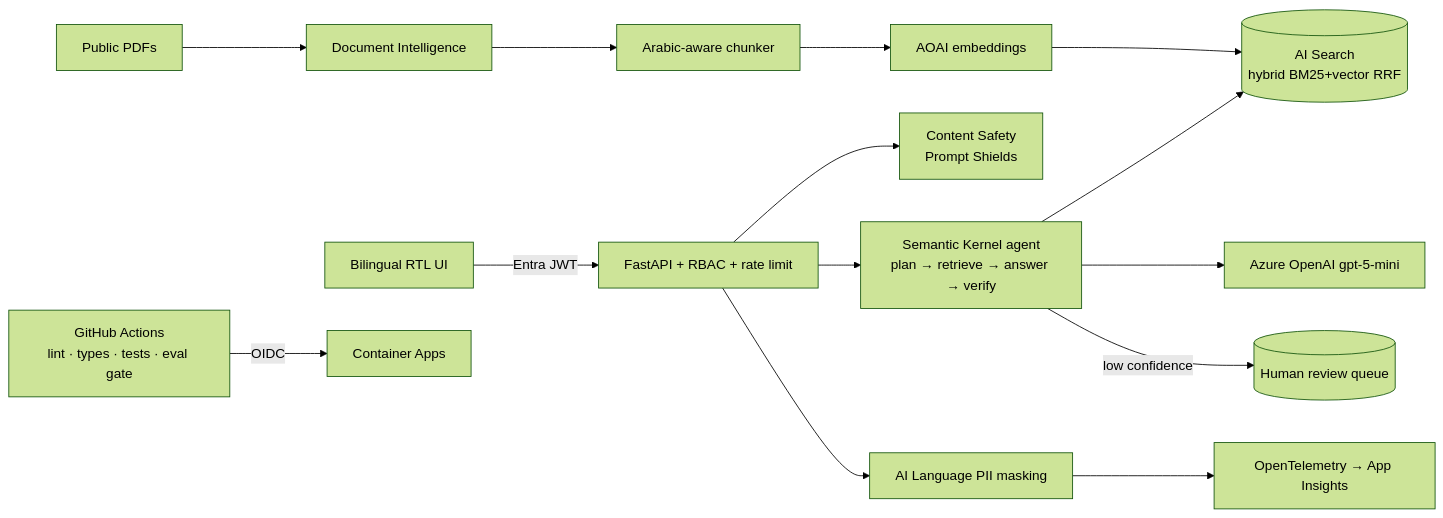
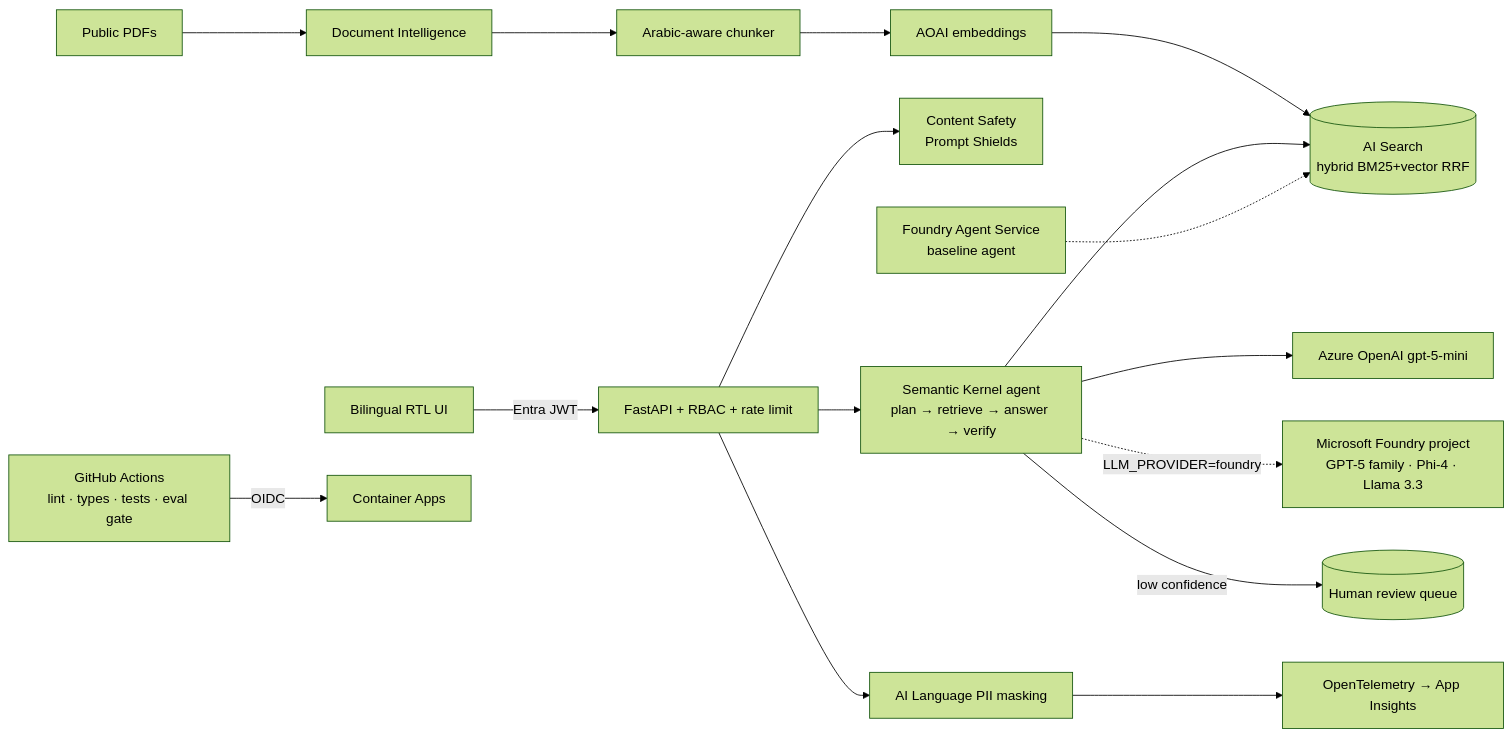
Before and after one commit to snaeemm/gov-policy-copilot: the diagram in README.md, drawn with Mermaid (forest theme). The commit also changed other lines of this file and 19 other files, not shown here.

First line of the commit message:
M14: Microsoft Foundry project, model comparison and Agent Service baseline

````diff
--- a/README.md
+++ b/README.md
@@ -26,12 +26,14 @@
 ```mermaid
 flowchart LR
   PDF[Public PDFs] --> DI[Document Intelligence] --> CH[Arabic-aware chunker] --> EMB[AOAI embeddings] --> S[(AI Search<br/>hybrid BM25+vector RRF)]
   U[Bilingual RTL UI] -->|Entra JWT| API[FastAPI + RBAC + rate limit]
   API --> CS[Content Safety<br/>Prompt Shields]
   API --> AG[Semantic Kernel agent<br/>plan → retrieve → answer → verify]
   AG --> S
   AG --> LLM[Azure OpenAI gpt-5-mini]
+  AG -.->|LLM_PROVIDER=foundry| FD[Microsoft Foundry project<br/>GPT-5 family · Phi-4 · Llama 3.3]
+  FA[Foundry Agent Service<br/>baseline agent] -.-> S
   AG -->|low confidence| HQ[(Human review queue)]
   API --> PII[AI Language PII masking] --> OT[OpenTelemetry → App Insights]
   GH[GitHub Actions<br/>lint · types · tests · eval gate] -->|OIDC| ACA[Container Apps]
 ```
````
